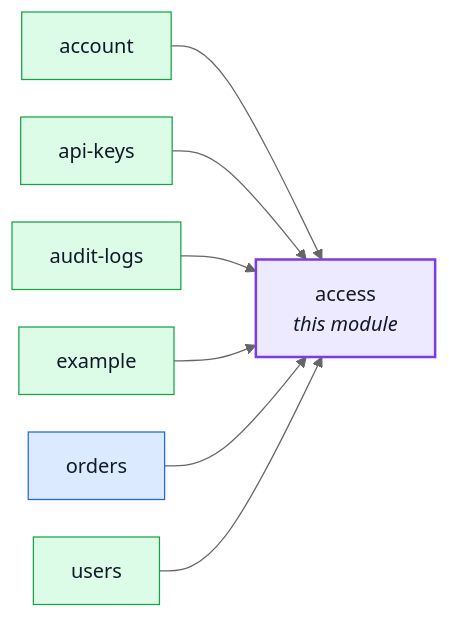
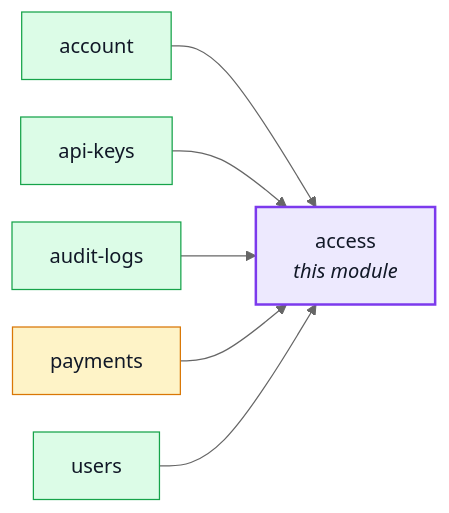
The first of 2 diagrams in docs/modules/access.md (Guebbit/boilerplate-node-backend), drawn with Mermaid (neutral theme) before and after one commit. The commit also changed other lines of this file and 104 other files, not shown here.

````diff
--- a/docs/modules/access.md
+++ b/docs/modules/access.md
@@ -19,26 +19,24 @@
 ```mermaid
 %%{init: {'flowchart': {'nodeSpacing': 30, 'rankSpacing': 60}}}%%
 flowchart LR
     access["access<br/><i>this module</i>"]
     account["account"]
     api_keys["api-keys"]
     audit_logs["audit-logs"]
-    example["example"]
-    orders["orders"]
+    payments["payments"]
     users["users"]
 
     account --> access
     api_keys --> access
     audit_logs --> access
-    example --> access
-    orders --> access
+    payments --> access
     users --> access
 
     classDef core fill:#dbeafe,stroke:#2563eb,color:#111827;
     classDef supporting fill:#fef3c7,stroke:#d97706,color:#111827;
     classDef generic fill:#dcfce7,stroke:#16a34a,color:#111827;
     classDef centre fill:#ede9fe,stroke:#7c3aed,stroke-width:2px,color:#111827;
-    class orders core;
-    class account,api_keys,audit_logs,example,users generic;
+    class payments supporting;
+    class account,api_keys,audit_logs,users generic;
     class access centre;
 ```
````
